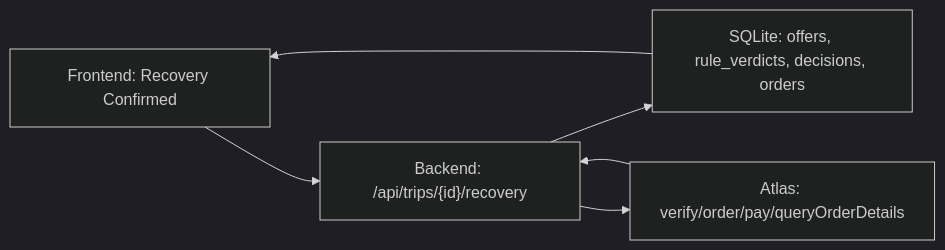
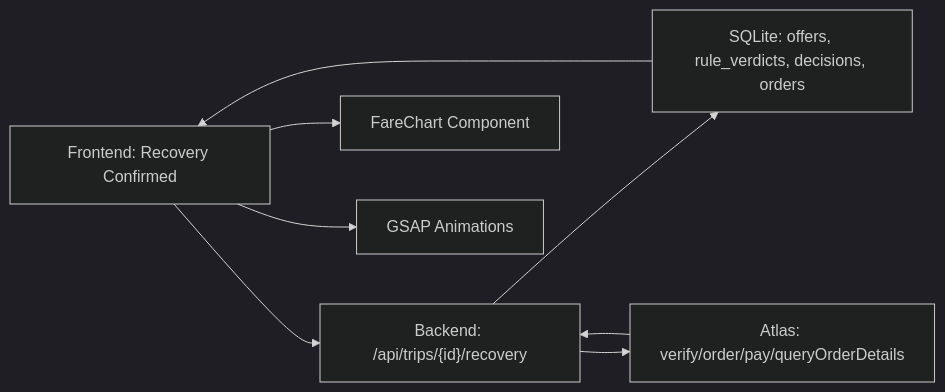
One commit to jaydonnnk/waypoint changed the third of 4 diagrams in .qoder/repowiki/en/content/Product Design/Recovery Confirmation Screen.md. Above: the diagram before and after it, drawn with Mermaid (dark theme). The commit also changed other lines of this file and 20 other files, not shown here.

````diff
--- a/.qoder/repowiki/en/content/Product Design/Recovery Confirmation Screen.md
+++ b/.qoder/repowiki/en/content/Product Design/Recovery Confirmation Screen.md
@@ -221,8 +312,10 @@
 ```mermaid
 graph LR
 FE["Frontend: Recovery Confirmed"] --> API["Backend: /api/trips/{id}/recovery"]
 API --> DB["SQLite: offers, rule_verdicts, decisions, orders"]
 API --> Atlas["Atlas: verify/order/pay/queryOrderDetails"]
+FE --> FareChart["FareChart Component"]
+FE --> GSAP["GSAP Animations"]
 DB --> FE
 Atlas --> API
 ```
````
